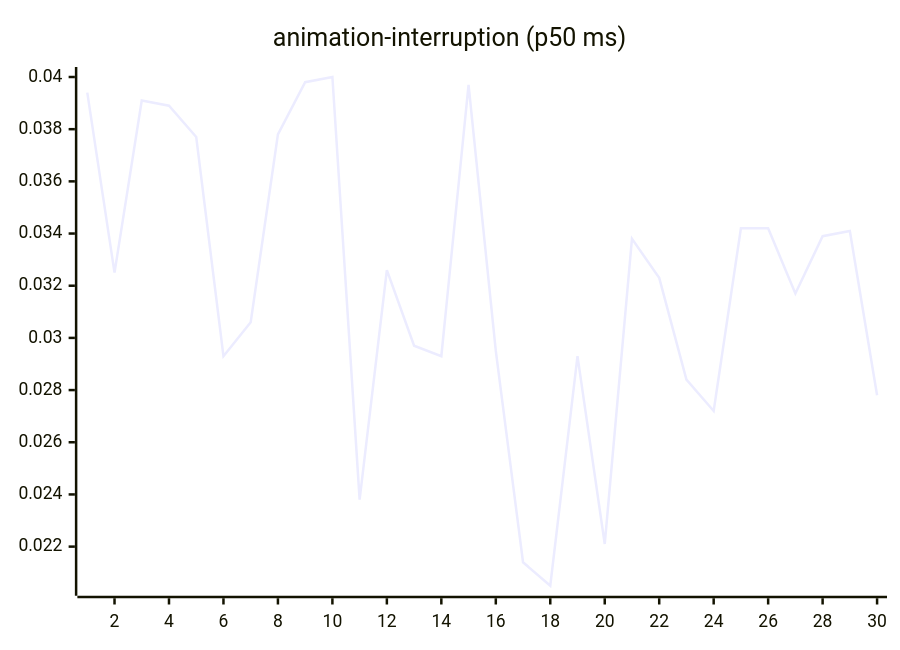
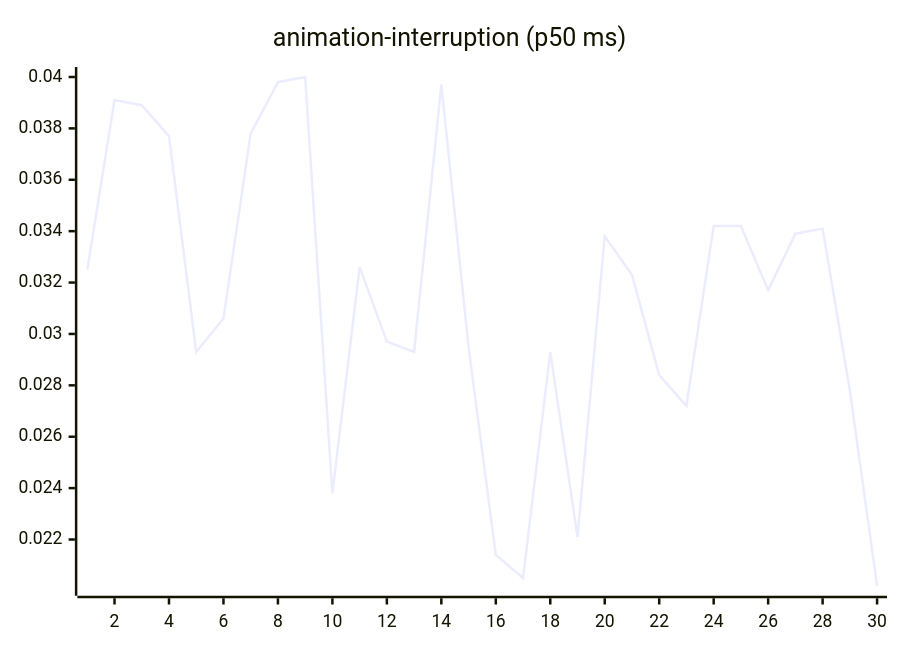
The third of 27 diagrams in README.md (josha/Facet), drawn with Mermaid before and after one commit. The commit also changed other lines of this file and 2 other files, not shown here.

````diff
--- a/README.md
+++ b/README.md
@@ -77,6 +77,6 @@
 ```mermaid
 xychart-beta
     title "animation-interruption (p50 ms)"
     x-axis 1 --> 30
-    line [0.0394, 0.0325, 0.0391, 0.0389, 0.0377, 0.0293, 0.0306, 0.0378, 0.0398, 0.0400, 0.0238, 0.0326, 0.0297, 0.0293, 0.0397, 0.0295, 0.0214, 0.0205, 0.0293, 0.0221, 0.0338, 0.0323, 0.0284, 0.0272, 0.0342, 0.0342, 0.0317, 0.0339, 0.0341, 0.0278]
+    line [0.0325, 0.0391, 0.0389, 0.0377, 0.0293, 0.0306, 0.0378, 0.0398, 0.0400, 0.0238, 0.0326, 0.0297, 0.0293, 0.0397, 0.0295, 0.0214, 0.0205, 0.0293, 0.0221, 0.0338, 0.0323, 0.0284, 0.0272, 0.0342, 0.0342, 0.0317, 0.0339, 0.0341, 0.0278, 0.0202]
 ```
````
